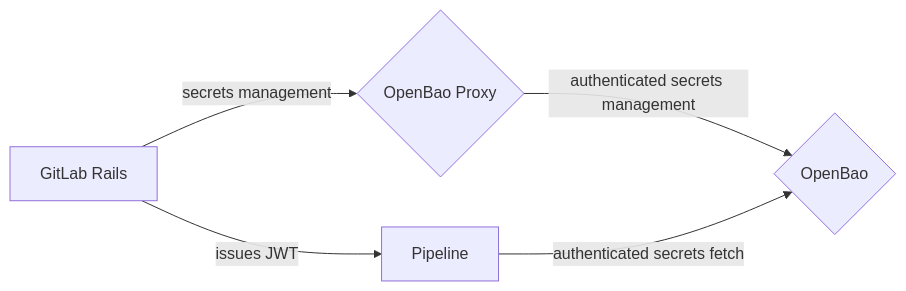
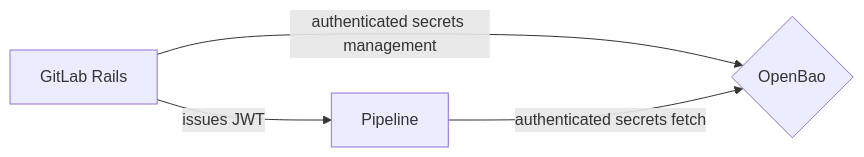
Before and after one commit to zalyoung/gitlab-handbook: the second of 6 diagrams in content/handbook/engineering/architecture/design-documents/secret_manager/_index.md, drawn with Mermaid. The commit also changed other lines of this file, not shown here.

First line of the commit message:
Remove references to auto-auth proxy from SM design

````diff
--- a/content/handbook/engineering/architecture/design-documents/secret_manager/_index.md
+++ b/content/handbook/engineering/architecture/design-documents/secret_manager/_index.md
@@ -163,12 +161,11 @@
 ```mermaid
 flowchart LR
 
 glab[GitLab Rails]
-op{OpenBao Proxy}
 o{OpenBao}
 p[Pipeline]
 
-glab --secrets management--> op --authenticated secrets management-->o
+glab --authenticated secrets management-->o
 
 glab --issues JWT--> p --authenticated secrets fetch-->o
 ```
````
